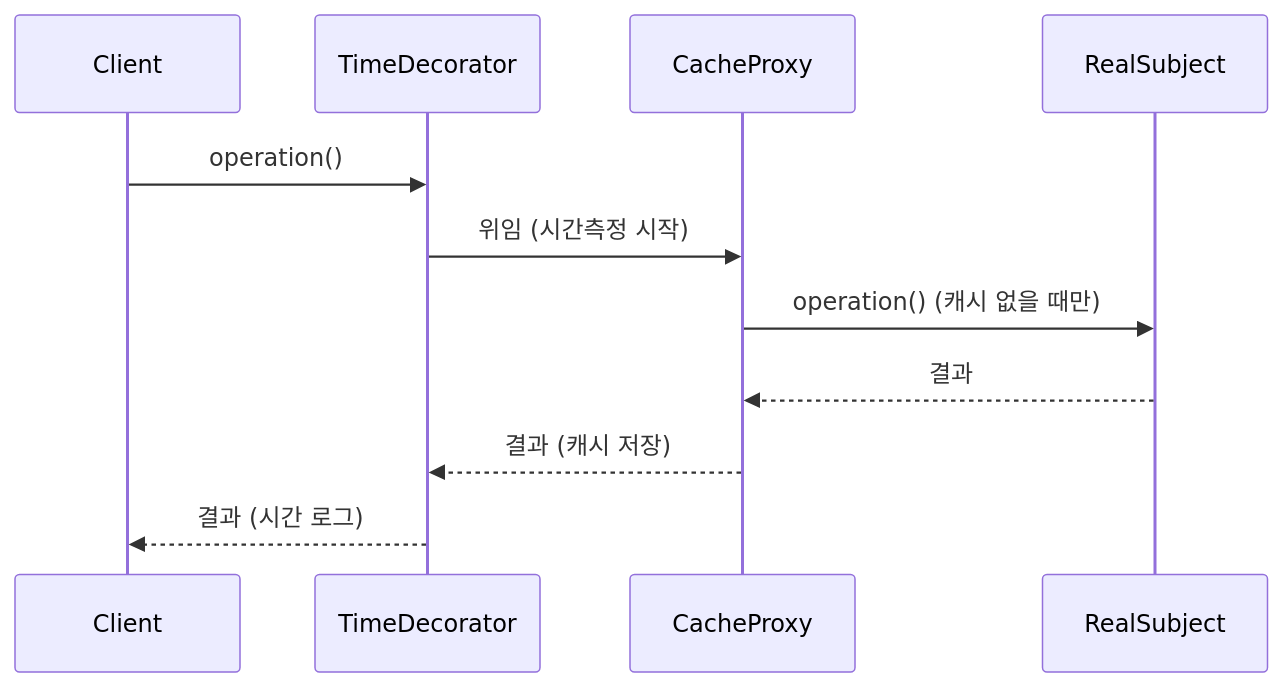
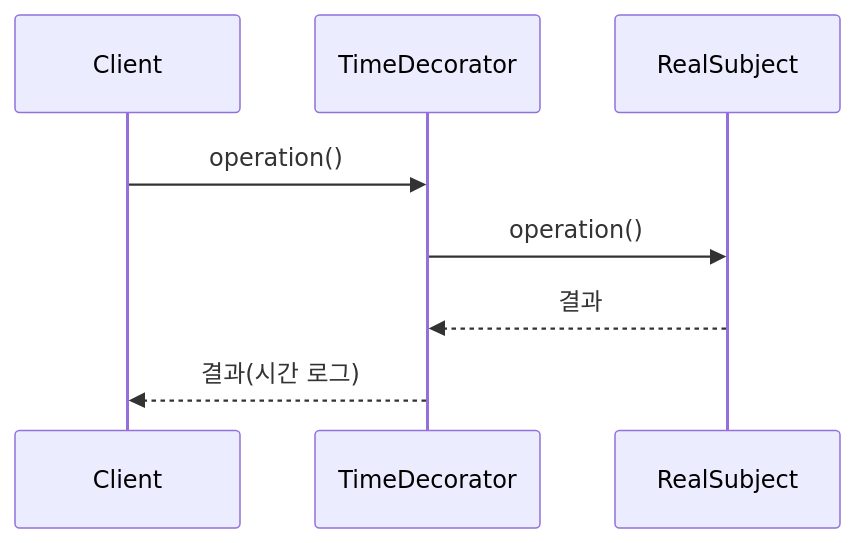
The third of 11 diagrams in _posts/spring/2026-05-02-spring-core-advanced.md (yjkim2015/yjkim2015.github.io), drawn with Mermaid before and after one commit. The commit also changed other lines of this file and 155 other files, not shown here.

First line of the commit message:
Mermaid 전면 수정: subgraph 제거, participant/노드/줄수 축소 (342블록)

````diff
--- a/_posts/spring/2026-05-02-spring-core-advanced.md
+++ b/_posts/spring/2026-05-02-spring-core-advanced.md
@@ -137,13 +131,10 @@
 ```mermaid
 sequenceDiagram
     participant C as Client
     participant T as TimeDecorator
-    participant CP as CacheProxy
     participant R as RealSubject
     C->>T: operation()
-    T->>CP: 위임 (시간측정 시작)
-    CP->>R: operation() (캐시 없을 때만)
-    R-->>CP: 결과
-    CP-->>T: 결과 (캐시 저장)
-    T-->>C: 결과 (시간 로그)
+    T->>R: operation()
+    R-->>T: 결과
+    T-->>C: 결과(시간 로그)
 ```
````
